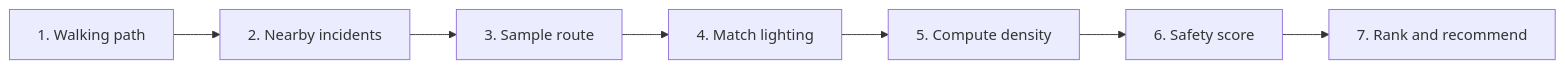
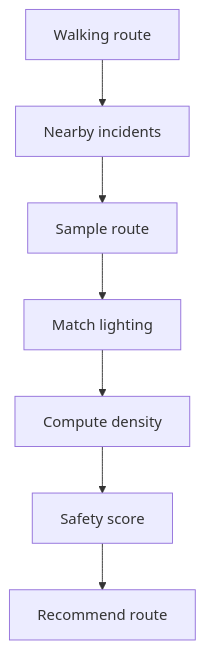
Before and after one commit to VaishnavBourampeta09/EMP-HackFest: the second of 4 diagrams in README.md, drawn with Mermaid. The commit also changed other lines of this file and 4 other files, not shown here.

````diff
--- a/README.md
+++ b/README.md
@@ -54,9 +54,9 @@
 ```mermaid
-flowchart LR
-    A[1. Walking path] --> B[2. Nearby incidents]
-    B --> C[3. Sample route]
-    C --> D[4. Match lighting]
-    D --> E[5. Compute density]
-    E --> F[6. Safety score]
-    F --> G[7. Rank and recommend]
+flowchart TD
+    A[Walking route] --> B[Nearby incidents]
+    B --> C[Sample route]
+    C --> D[Match lighting]
+    D --> E[Compute density]
+    E --> F[Safety score]
+    F --> G[Recommend route]
 ```
````
